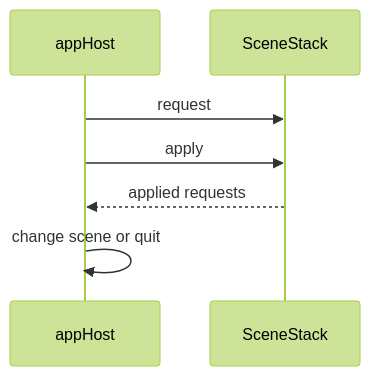
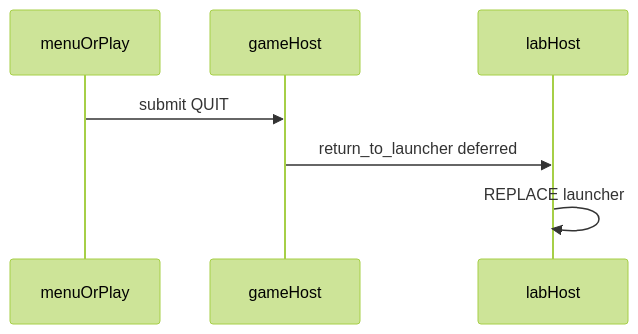
One commit to kblaszki/godot-game changed the second of 2 diagrams in docs/explanation/architecture.md. Above: the diagram before and after it, drawn with Mermaid (forest theme). The commit also changed other lines of this file and 14 other files, not shown here.

First line of the commit message:
Add nested lab launcher and return-to-lab quit.

````diff
--- a/docs/explanation/architecture.md
+++ b/docs/explanation/architecture.md
@@ -72,9 +52,9 @@
 ```mermaid
 sequenceDiagram
-  participant Host as appHost
-  participant Stack as SceneStack
-  Host->>Stack: request
-  Host->>Stack: apply
-  Stack-->>Host: applied requests
-  Host->>Host: change scene or quit
+  participant Child as menuOrPlay
+  participant GameHost as gameHost
+  participant LabHost as labHost
+  Child->>GameHost: submit QUIT
+  GameHost->>LabHost: return_to_launcher deferred
+  LabHost->>LabHost: REPLACE launcher
 ```
````
